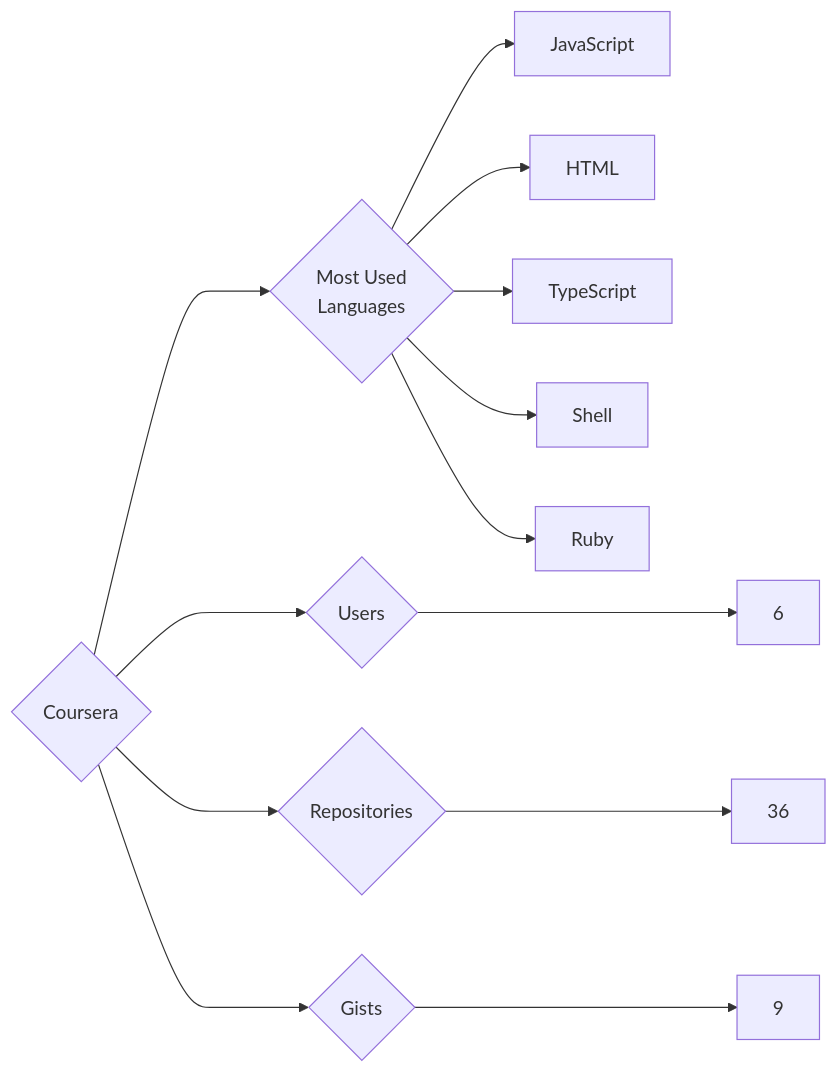
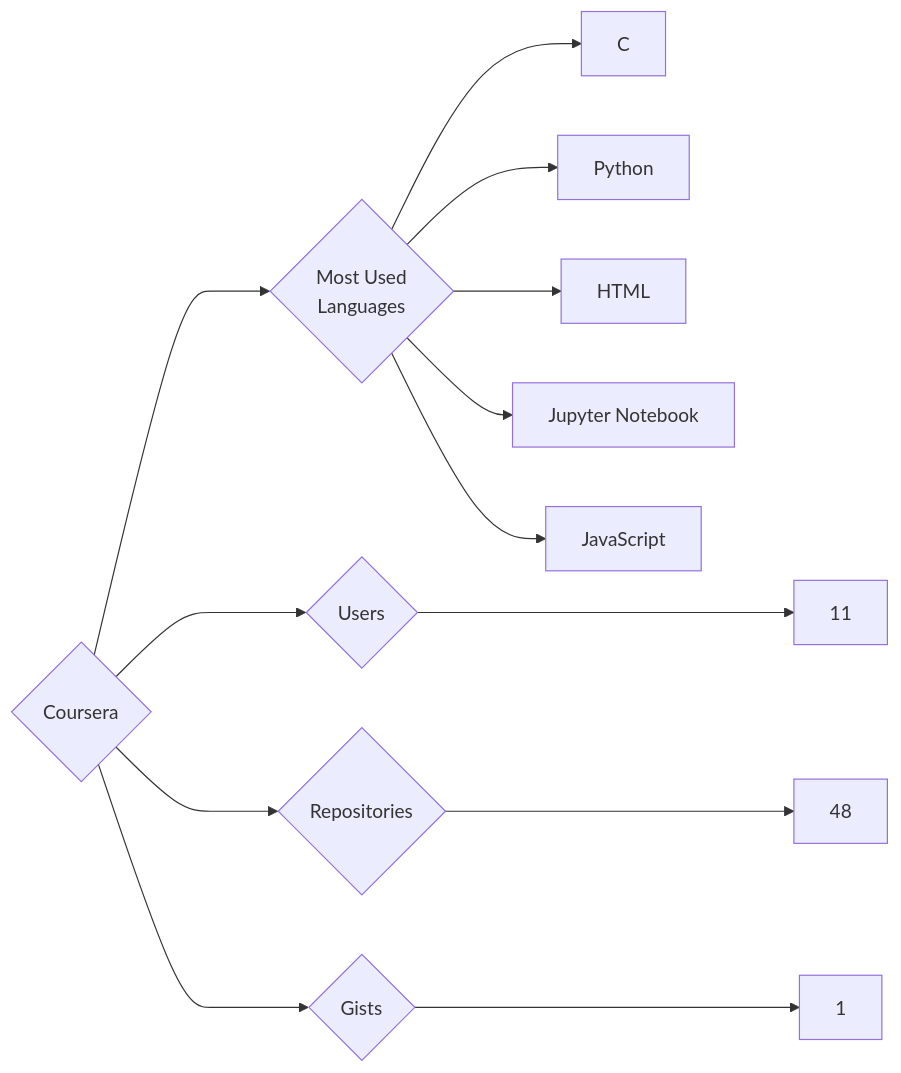
The diagram in targets/Coursera/README.md (trickest/insiders), drawn with Mermaid before and after one commit. The commit also changed 924 other files, not shown here.

````diff
--- a/targets/Coursera/README.md
+++ b/targets/Coursera/README.md
@@ -3,13 +3,13 @@
 ```mermaid
 graph LR
 COMPANY_NAME{Coursera}
-COMPANY_NAME ---> U{Users} ---> UN[6]
-COMPANY_NAME ---> R{Repositories} ---> RN[36]
-COMPANY_NAME ---> G{Gists} ---> GN[9]
+COMPANY_NAME ---> U{Users} ---> UN[11]
+COMPANY_NAME ---> R{Repositories} ---> RN[48]
+COMPANY_NAME ---> G{Gists} ---> GN[1]
 COMPANY_NAME ---> ML{Most Used<br>Languages}
+ML --> C[C]
+ML --> Python[Python]
+ML --> HTML[HTML]
+ML --> Jupyter_Notebook[Jupyter Notebook]
 ML --> JavaScript[JavaScript]
-ML --> HTML[HTML]
-ML --> TypeScript[TypeScript]
-ML --> Shell[Shell]
-ML --> Ruby[Ruby]
 ```
````
